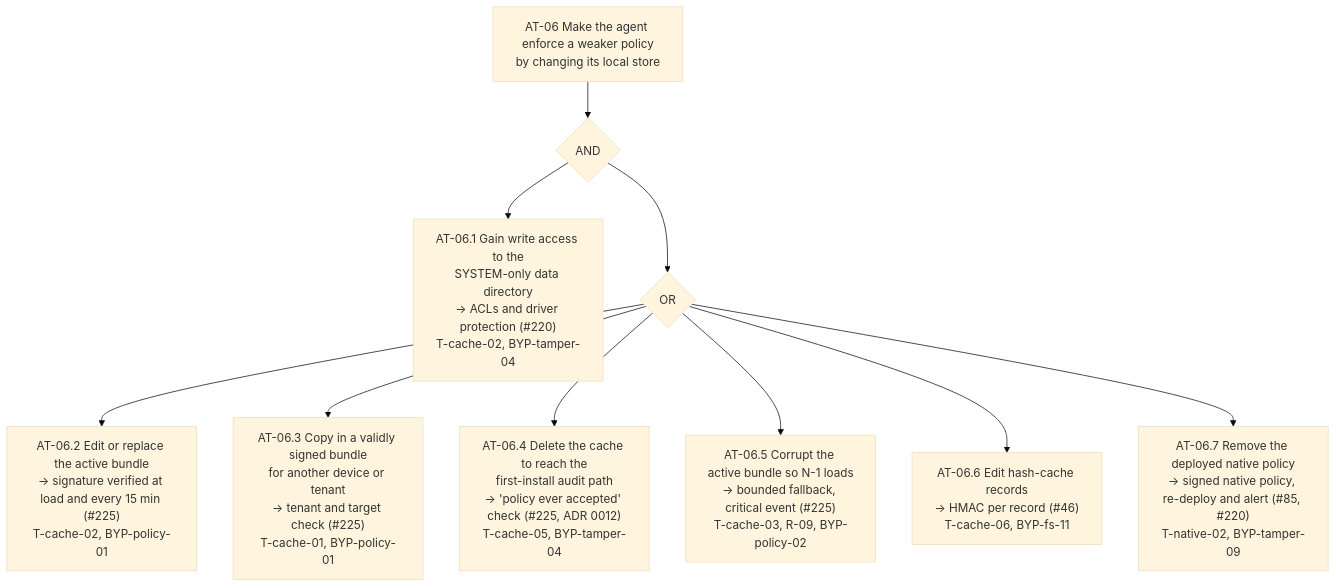
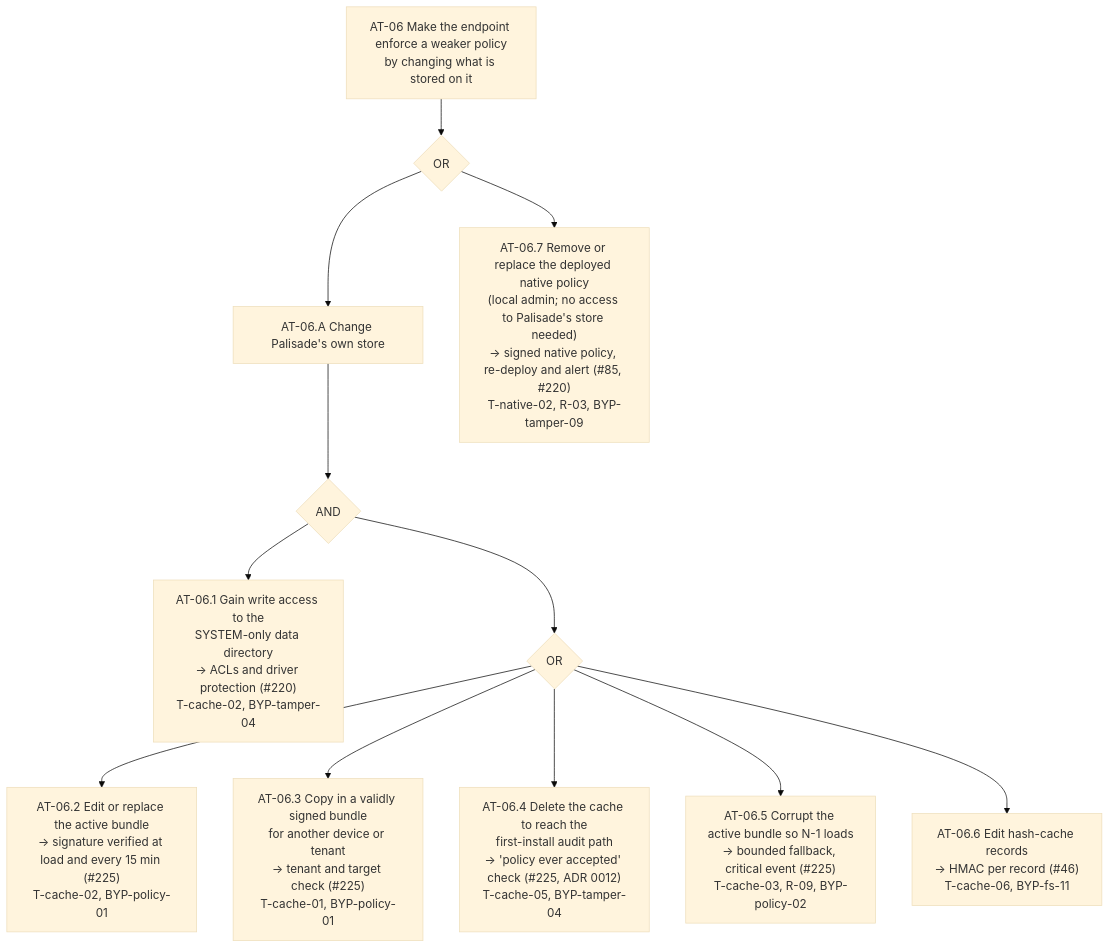
One commit to jusso-dev/palisade changed the sixth of 6 diagrams in docs/security/threat-model.md. Above: the diagram before and after it, drawn with Mermaid (base theme). The commit also changed other lines of this file, not shown here.

````diff
--- a/docs/security/threat-model.md
+++ b/docs/security/threat-model.md
@@ -853,12 +899,14 @@
 ```mermaid
 flowchart TD
-  R["AT-06 Make the agent enforce a weaker policy<br/>by changing its local store"] --> AND1{"AND"}
+  R["AT-06 Make the endpoint enforce a weaker policy<br/>by changing what is stored on it"] --> OR0{"OR"}
+  OR0 --> S["AT-06.A Change Palisade's own store"]
+  OR0 --> E6["AT-06.7 Remove or replace the deployed native policy<br/>(local admin; no access to Palisade's store needed)<br/>→ signed native policy, re-deploy and alert (#85, #220)<br/>T-native-02, R-03, BYP-tamper-09"]
+  S --> AND1{"AND"}
   AND1 --> W["AT-06.1 Gain write access to the<br/>SYSTEM-only data directory<br/>→ ACLs and driver protection (#220)<br/>T-cache-02, BYP-tamper-04"]
   AND1 --> OR1{"OR"}
   OR1 --> E1["AT-06.2 Edit or replace the active bundle<br/>→ signature verified at load and every 15 min (#225)<br/>T-cache-02, BYP-policy-01"]
   OR1 --> E2["AT-06.3 Copy in a validly signed bundle<br/>for another device or tenant<br/>→ tenant and target check (#225)<br/>T-cache-01, BYP-policy-01"]
   OR1 --> E3["AT-06.4 Delete the cache to reach the<br/>first-install audit path<br/>→ 'policy ever accepted' check (#225, ADR 0012)<br/>T-cache-05, BYP-tamper-04"]
   OR1 --> E4["AT-06.5 Corrupt the active bundle so N-1 loads<br/>→ bounded fallback, critical event (#225)<br/>T-cache-03, R-09, BYP-policy-02"]
   OR1 --> E5["AT-06.6 Edit hash-cache records<br/>→ HMAC per record (#46)<br/>T-cache-06, BYP-fs-11"]
-  OR1 --> E6["AT-06.7 Remove the deployed native policy<br/>→ signed native policy, re-deploy and alert (#85, #220)<br/>T-native-02, BYP-tamper-09"]
 ```
````
